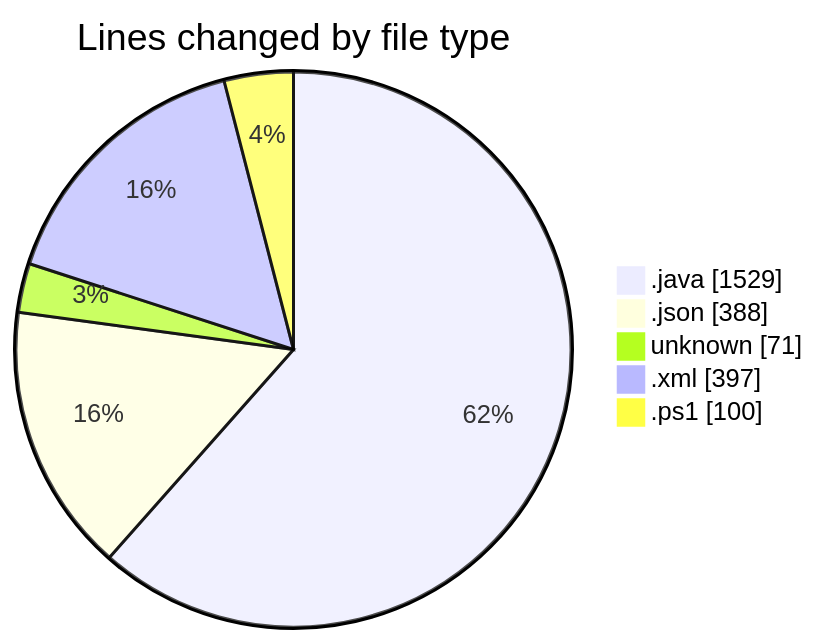
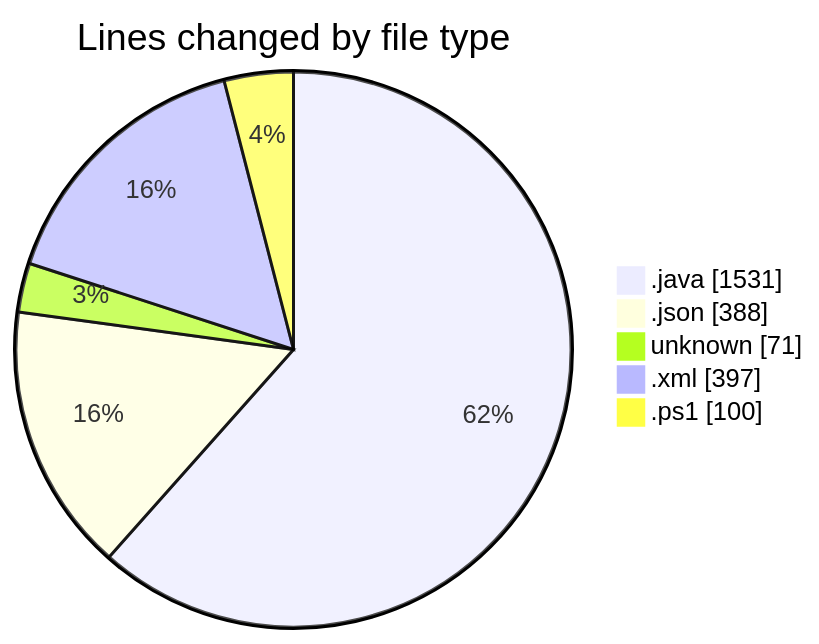
One commit to charlie-sans/code-tracking changed the first of 2 diagrams in 2025-02-25/micros/README.md. Above: the diagram before and after it, drawn with Mermaid. The commit also changed other lines of this file and 1 other file, not shown here.

````diff
--- a/2025-02-25/micros/README.md
+++ b/2025-02-25/micros/README.md
@@ -28,9 +28,9 @@
 ```mermaid
 pie showData
 title Lines changed by file type
-".java" : 1529
+".java" : 1531
 ".json" : 388
 "unknown" : 71
 ".xml" : 397
 ".ps1" : 100
 ```
````
